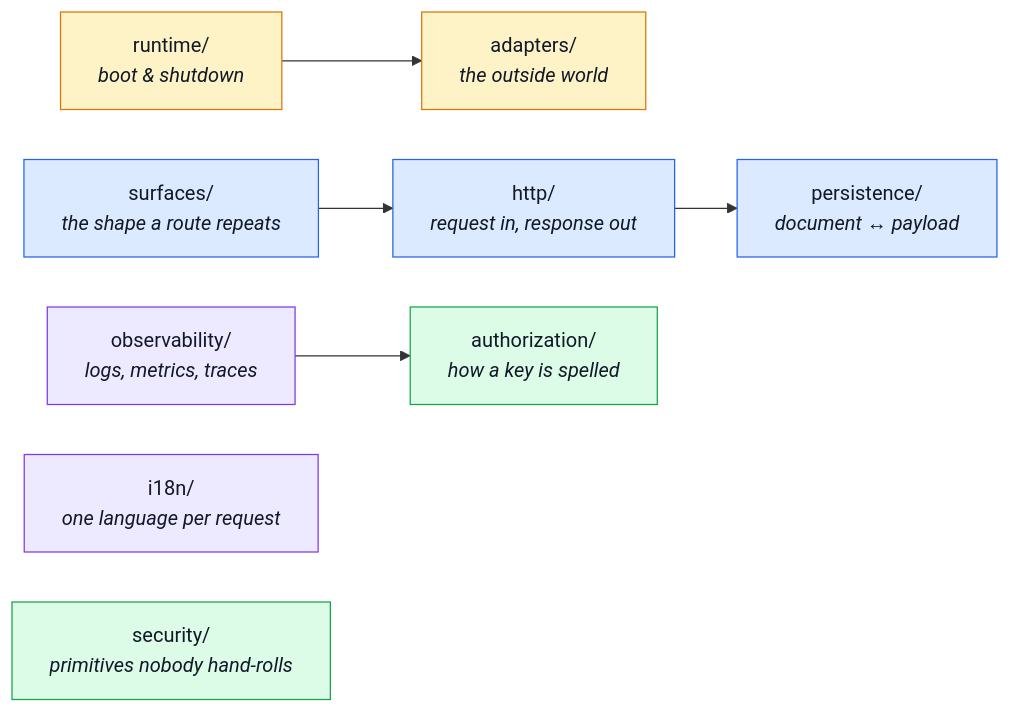
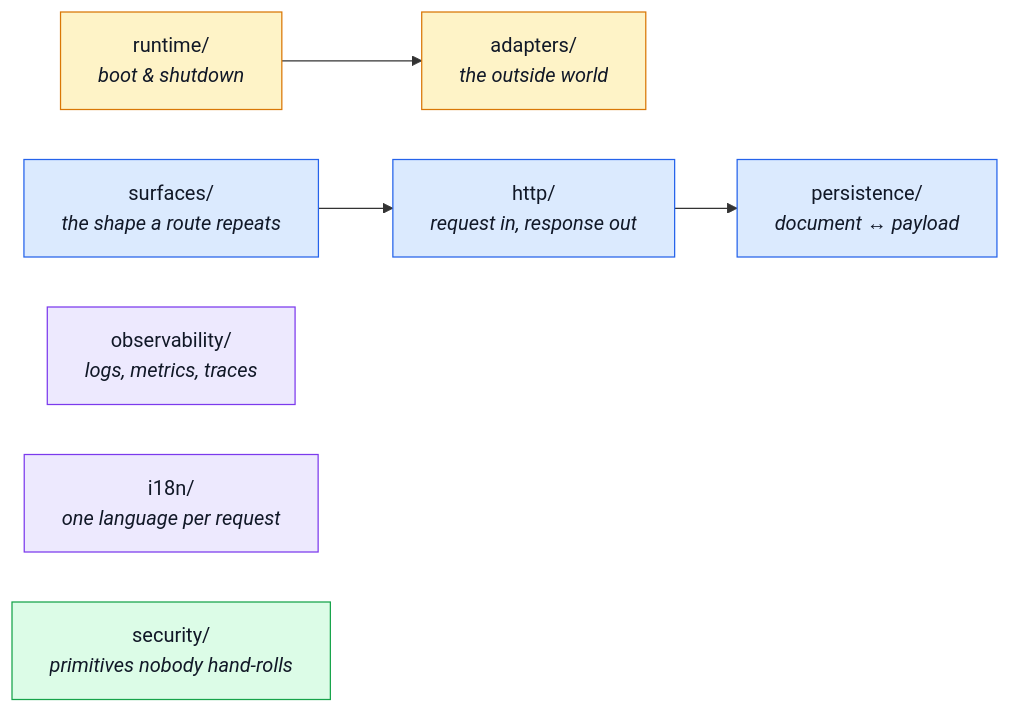
Before and after one commit to Guebbit/boilerplate-node-backend: the diagram in docs/reference/src-infrastructure.md, drawn with Mermaid. The commit also changed other lines of this file and 2 other files, not shown here.

First line of the commit message:
refactor(kernel): fold the key-grammar file into permissions.ts

````diff
--- a/docs/reference/src-infrastructure.md
+++ b/docs/reference/src-infrastructure.md
@@ -15,20 +15,19 @@
 ```mermaid
 %%{init: {'flowchart': {'nodeSpacing': 40, 'rankSpacing': 50}}}%%
 flowchart LR
     Runtime["runtime/<br/><i>boot & shutdown</i>"] --> Adapters["adapters/<br/><i>the outside world</i>"]
     Surfaces["surfaces/<br/><i>the shape a route repeats</i>"] --> Http["http/<br/><i>request in, response out</i>"]
     Http --> Persist["persistence/<br/><i>document ↔ payload</i>"]
     Obs["observability/<br/><i>logs, metrics, traces</i>"]
     I18n["i18n/<br/><i>one language per request</i>"]
-    Obs --> Auth["authorization/<br/><i>how a key is spelled</i>"]
     Sec["security/<br/><i>primitives nobody hand-rolls</i>"]
 
     classDef a fill:#fef3c7,stroke:#d97706,color:#111827;
     classDef b fill:#dbeafe,stroke:#2563eb,color:#111827;
     classDef c fill:#ede9fe,stroke:#7c3aed,color:#111827;
     classDef d fill:#dcfce7,stroke:#16a34a,color:#111827;
     class Runtime,Adapters a;
     class Http,Persist,Surfaces b;
     class Obs,I18n c;
-    class Auth,Sec d;
+    class Sec d;
 ```
````
